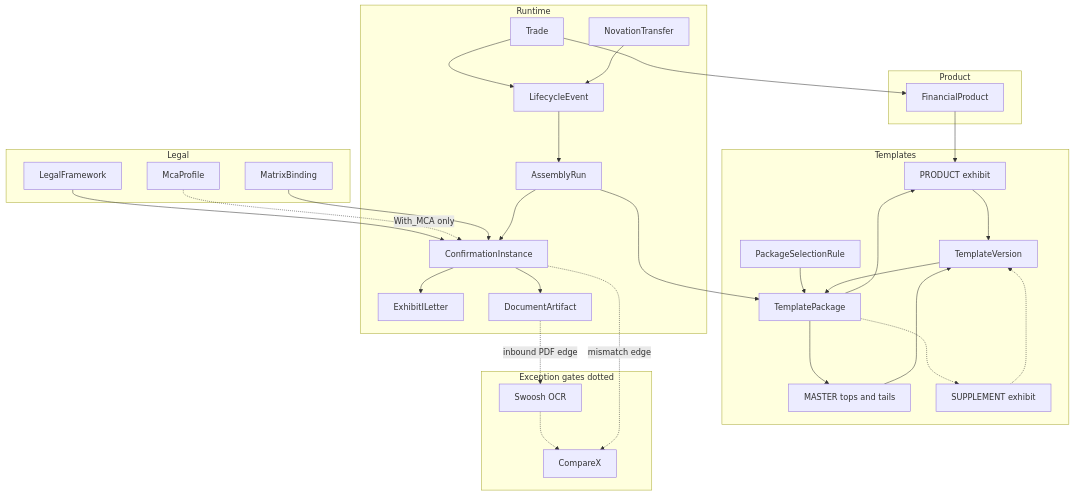
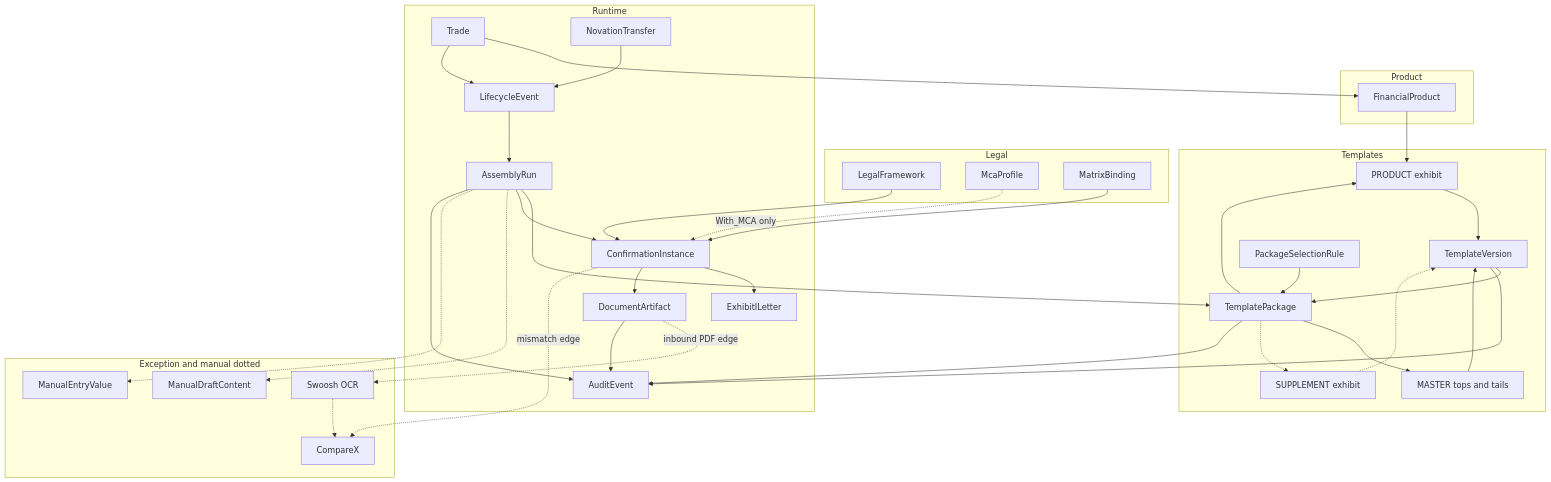
Before and after one commit to dae-nan/con4m8ions: the first of 17 diagrams in docs/prd-cdu-ps-v1.md, drawn with Mermaid. The commit also changed other lines of this file and 5 other files, not shown here.

First line of the commit message:
PRD v1.4: explainers out, story-map mermaid, manual draft, audit

````diff
--- a/docs/prd-cdu-ps-v1.md
+++ b/docs/prd-cdu-ps-v1.md
@@ -80,56 +40,65 @@
 ```mermaid
 flowchart TB
   subgraph legalBox [Legal]
     LF[LegalFramework]
     MCA[McaProfile]
     MB[MatrixBinding]
   end
   subgraph productBox [Product]
     FP[FinancialProduct]
   end
   subgraph templateBox [Templates]
     PKG[TemplatePackage]
     DTM[MASTER tops and tails]
     DTP[PRODUCT exhibit]
     DTS[SUPPLEMENT exhibit]
     TV[TemplateVersion]
     RULE[PackageSelectionRule]
   end
   subgraph runtimeBox [Runtime]
     TR[Trade]
     AR[AssemblyRun]
     CI[ConfirmationInstance]
     EI[ExhibitILetter]
     DA[DocumentArtifact]
     LE[LifecycleEvent]
     NV[NovationTransfer]
+    AUD[AuditEvent]
   end
-  subgraph exceptions [Exception gates dotted]
+  subgraph exceptions [Exception and manual dotted]
     SW[Swoosh OCR]
     CX[CompareX]
+    MD[ManualDraftContent]
+    ME[ManualEntryValue]
   end
 
   FP --> DTP
   LF --> CI
   MCA -.->|With_MCA only| CI
   MB --> CI
   PKG --> DTM
   PKG --> DTP
   PKG -.-> DTS
   RULE --> PKG
   DTM --> TV
   DTP --> TV
   DTS -.-> TV
   TV --> PKG
   TR --> FP
   TR --> LE
   LE --> AR
   AR --> PKG
   AR --> CI
+  AR -.-> MD
+  AR -.-> ME
   CI --> EI
   CI --> DA
   NV --> LE
   DA -.->|inbound PDF edge| SW
   SW -.-> CX
   CI -.->|mismatch edge| CX
+  TV --> AUD
+  AR --> AUD
+  DA --> AUD
+  PKG --> AUD
 ```
````
